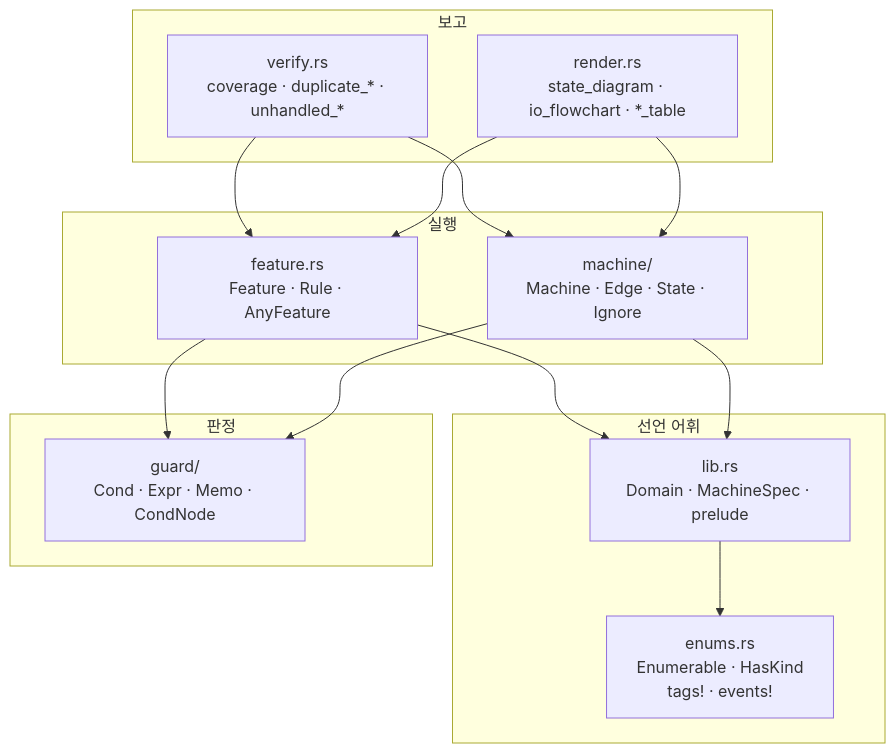
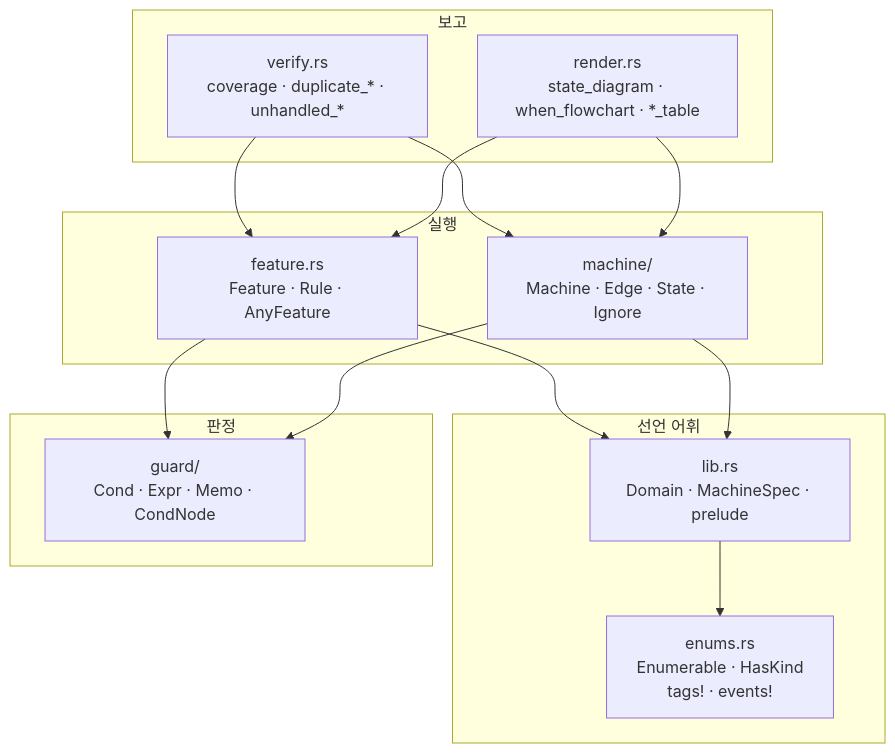
The first of 2 diagrams in docs/1-structure.md (4artit/declared), drawn with Mermaid before and after one commit. The commit also changed 11 other files, not shown here.

````diff
--- a/docs/1-structure.md
+++ b/docs/1-structure.md
@@ -9,31 +9,31 @@
 ```mermaid
 flowchart TD
     subgraph decl[" 선언 어휘 "]
         L["lib.rs<br/>Domain · MachineSpec · prelude"]
         E["enums.rs<br/>Enumerable · HasKind<br/>tags! · events!"]
     end
 
     subgraph guard[" 판정 "]
         G["guard/<br/>Cond · Expr · Memo · CondNode"]
     end
 
     subgraph run[" 실행 "]
         F["feature.rs<br/>Feature · Rule · AnyFeature"]
         M["machine/<br/>Machine · Edge · State · Ignore"]
     end
 
     subgraph report[" 보고 "]
         V["verify.rs<br/>coverage · duplicate_* · unhandled_*"]
-        R["render.rs<br/>state_diagram · io_flowchart · *_table"]
+        R["render.rs<br/>state_diagram · when_flowchart · *_table"]
     end
 
     L --> E
     F --> G
     M --> G
     F --> L
     M --> L
     V --> F
     V --> M
     R --> F
     R --> M
 ```
````
